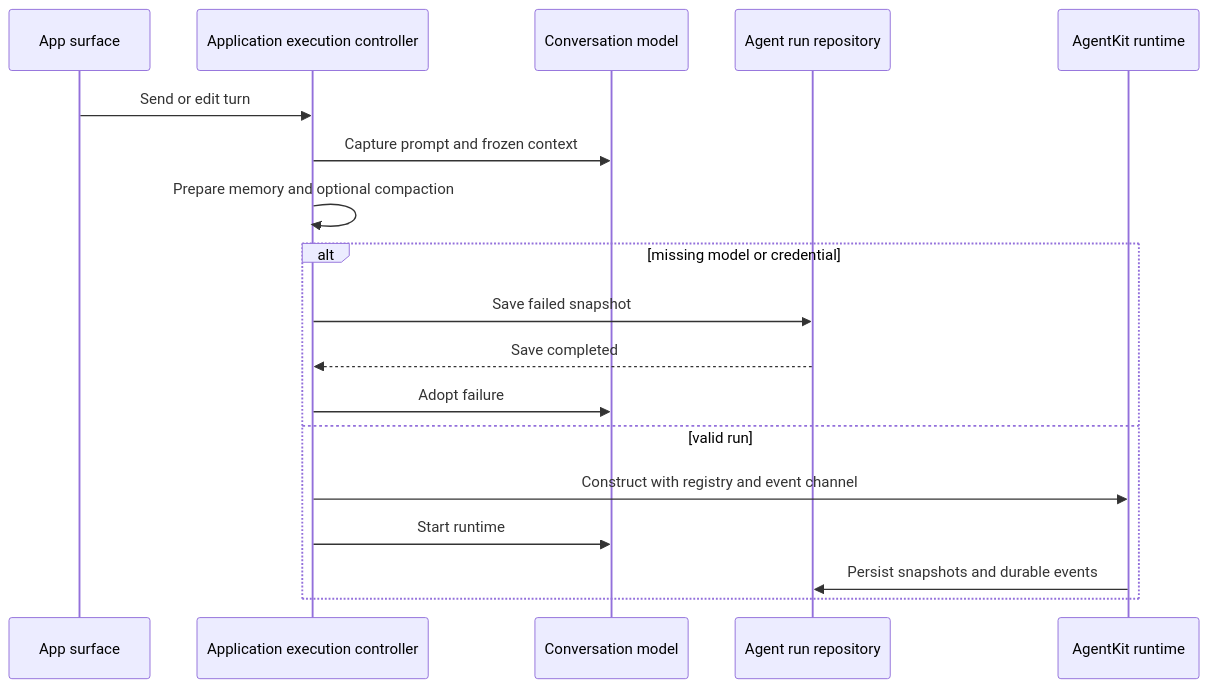
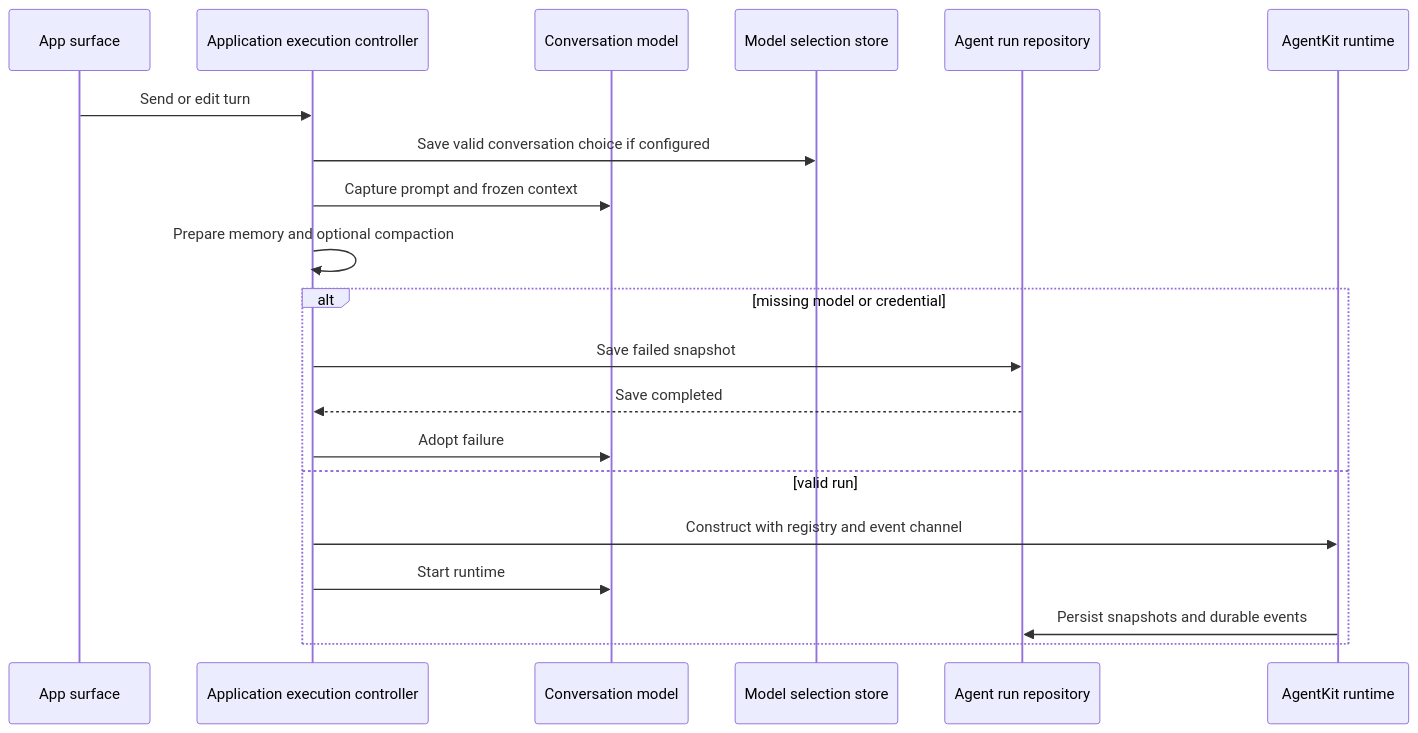
One commit to AkinoKaede/Termind changed the first of 3 diagrams in openwiki/architecture/shared-module-directories.md. Above: the diagram before and after it, drawn with Mermaid. The commit also changed other lines of this file and 49 other files, not shown here.

````diff
--- a/openwiki/architecture/shared-module-directories.md
+++ b/openwiki/architecture/shared-module-directories.md
@@ -193,20 +199,22 @@
 ```mermaid
 sequenceDiagram
     participant Surface as App surface
     participant Controller as Application execution controller
     participant Conversation as Conversation model
+    participant Selection as Model selection store
     participant Repository as Agent run repository
     participant Runtime as AgentKit runtime
     Surface->>Controller: Send or edit turn
+    Controller->>Selection: Save valid conversation choice if configured
     Controller->>Conversation: Capture prompt and frozen context
     Controller->>Controller: Prepare memory and optional compaction
     alt missing model or credential
         Controller->>Repository: Save failed snapshot
         Repository-->>Controller: Save completed
         Controller->>Conversation: Adopt failure
     else valid run
         Controller->>Runtime: Construct with registry and event channel
         Controller->>Conversation: Start runtime
         Runtime->>Repository: Persist snapshots and durable events
     end
 ```
````
